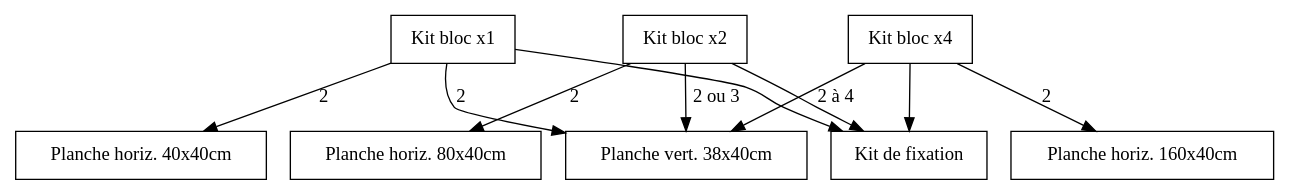
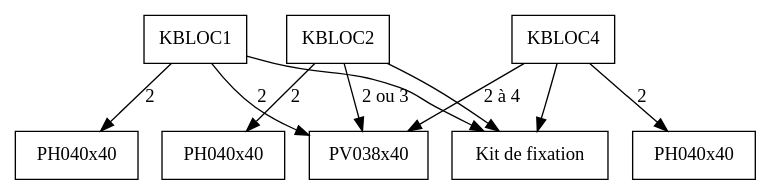
The diagram in nomenclature/src/bloc.dot (padenot/OGP), drawn with Graphviz before and after one commit. The commit also changed 7 other files, not shown here.

```diff
--- a/nomenclature/src/bloc.dot
+++ b/nomenclature/src/bloc.dot
@@ -1,32 +1,32 @@
 digraph
 {
 // Noeuds --------------------------------------------------
 	node[shape=box]
 
 	// Produits finis
-	blocX1 [label="Kit bloc x1"]
-	blocX2 [label="Kit bloc x2"]
-	blocX4 [label="Kit bloc x4"]
+	blocX1 [label="KBLOC1"]
+	blocX2 [label="KBLOC2"]
+	blocX4 [label="KBLOC4"]
 
 	// Planches
-	plancheT3 [label="Planche horiz. 160x40cm"]
-	plancheT2 [label="Planche horiz. 80x40cm"]
-	plancheT1 [label="Planche horiz. 40x40cm"]
-	plancheT0 [label="Planche vert. 38x40cm"]
+	plancheT3 [label="PH040x40"]
+	plancheT2 [label="PH040x40"]
+	plancheT1 [label="PH040x40"]
+	plancheT0 [label="PV038x40"]
 
 	// Fixations
 	kitFixations [label="Kit de fixation"]
 
 // Arcs --------------------------------------------------
 	blocX1 -> plancheT0 [label="2"]
 	blocX1 -> plancheT1 [label="2"]
 	blocX1 -> kitFixations
 
 	blocX2 -> plancheT0 [label="2 ou 3"]
 	blocX2 -> plancheT2 [label="2"]
 	blocX2 -> kitFixations
 
 	blocX4 -> plancheT0 [label="2 à 4"]
 	blocX4 -> plancheT3 [label="2"]
 	blocX4 -> kitFixations
 }
```
